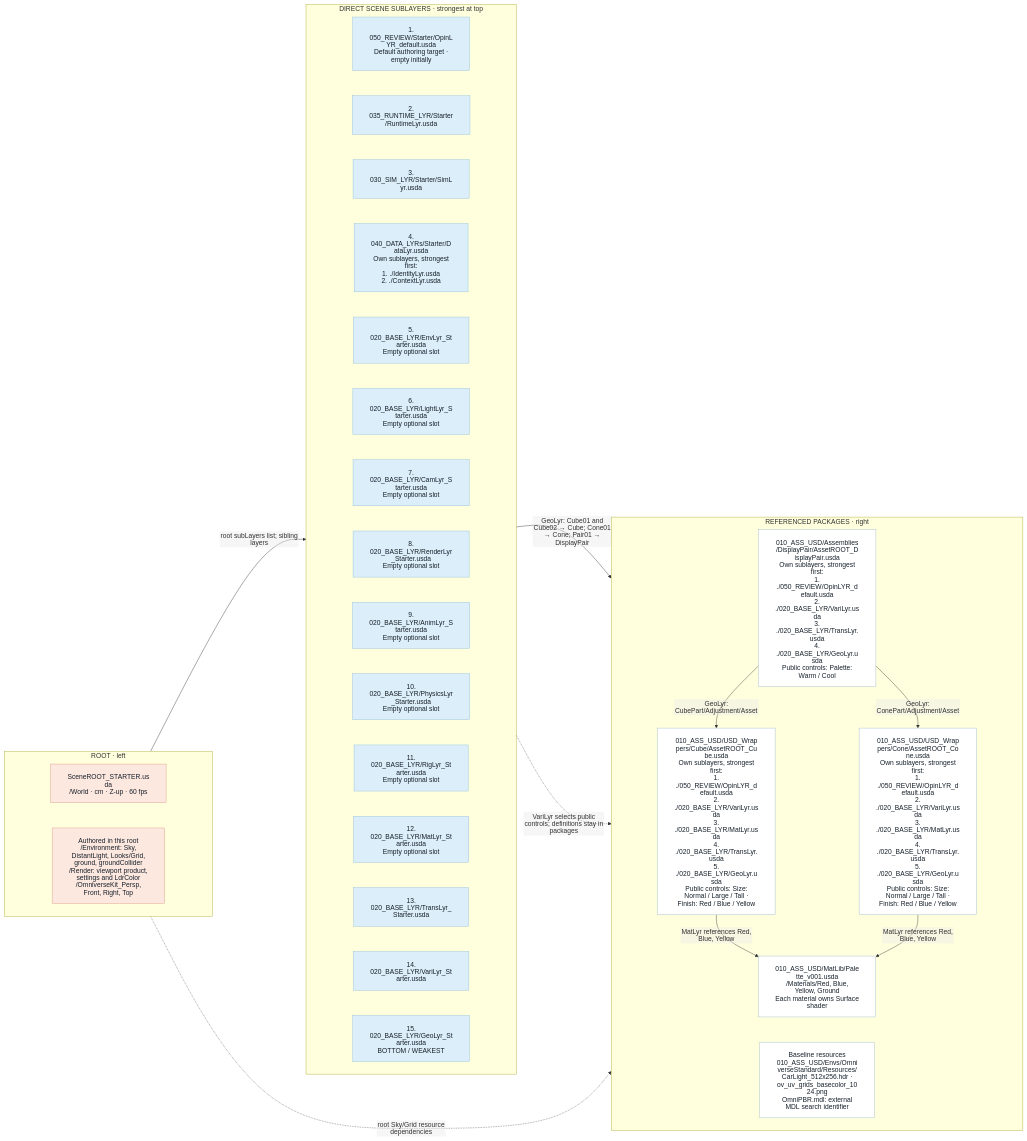
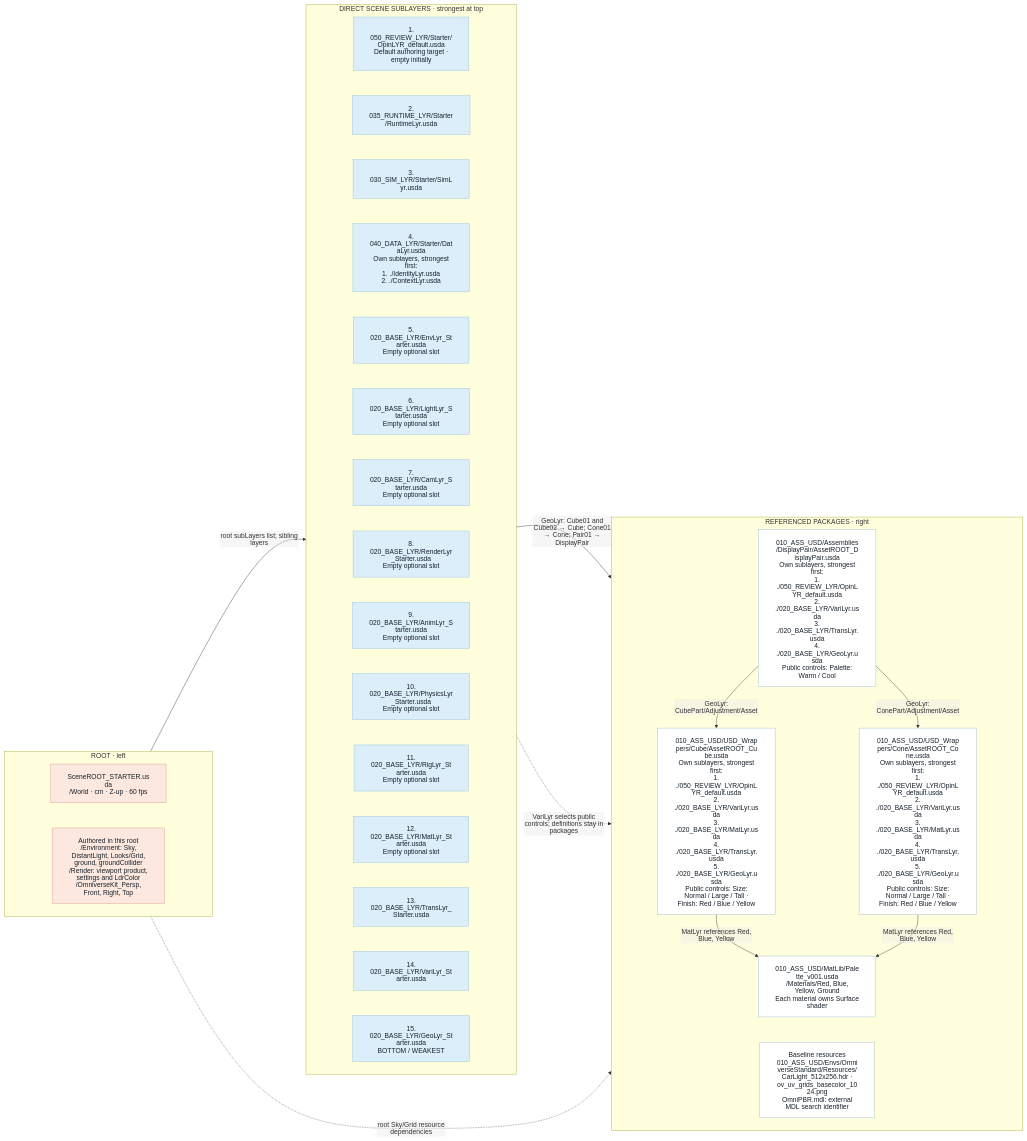
Before and after one commit to jph2/OpenUSD_GoodStart_CompositionContract: the ninth of 15 diagrams in examples/01_LayeredScene/README.md, drawn with Mermaid. The commit also changed other lines of this file and 149 other files, not shown here.

````diff
--- a/examples/01_LayeredScene/README.md
+++ b/examples/01_LayeredScene/README.md
@@ -810,65 +766,65 @@
 ```mermaid
 %%{init: {"htmlLabels": false, "themeVariables": {"fontFamily": "Arial, sans-serif"}, "flowchart": {"htmlLabels": false, "padding": 20, "nodeSpacing": 200, "rankSpacing": 35, "diagramPadding": 20}}}%%
 flowchart LR
     subgraph ENTRY["ROOT · left"]
         direction TB
         R["SceneROOT_STARTER.usda<br/>/World · cm · Z-up · 60 fps"]
         B["Authored in this root<br/>/Environment: Sky, DistantLight, Looks/Grid, ground, groundCollider<br/>/Render: viewport product, settings and LdrColor<br/>/OmniverseKit_Persp, Front, Right, Top"]
         R ~~~ B
     end
     subgraph STACK["DIRECT SCENE SUBLAYERS · strongest at top"]
         direction TB
-        L0["1. 050_REVIEW/Starter/OpinLYR_default.usda<br/>Default authoring target · empty initially"]
+        L0["1. 050_REVIEW_LYR/Starter/OpinLYR_default.usda<br/>Default authoring target · empty initially"]
         L1["2. 035_RUNTIME_LYR/Starter/RuntimeLyr.usda"]
         L0 ~~~ L1
         L2["3. 030_SIM_LYR/Starter/SimLyr.usda"]
         L1 ~~~ L2
-        L3["4. 040_DATA_LYRs/Starter/DataLyr.usda<br/>Own sublayers, strongest first:<br/>1. ./IdentityLyr.usda<br/>2. ./ContextLyr.usda"]
+        L3["4. 040_DATA_LYR/Starter/DataLyr.usda<br/>Own sublayers, strongest first:<br/>1. ./IdentityLyr.usda<br/>2. ./ContextLyr.usda"]
         L2 ~~~ L3
         L4["5. 020_BASE_LYR/EnvLyr_Starter.usda<br/>Empty optional slot"]
         L3 ~~~ L4
         L5["6. 020_BASE_LYR/LightLyr_Starter.usda<br/>Empty optional slot"]
         L4 ~~~ L5
         L6["7. 020_BASE_LYR/CamLyr_Starter.usda<br/>Empty optional slot"]
         L5 ~~~ L6
         L7["8. 020_BASE_LYR/RenderLyr_Starter.usda<br/>Empty optional slot"]
         L6 ~~~ L7
         L8["9. 020_BASE_LYR/AnimLyr_Starter.usda<br/>Empty optional slot"]
         L7 ~~~ L8
         L9["10. 020_BASE_LYR/PhysicsLyr_Starter.usda<br/>Empty optional slot"]
         L8 ~~~ L9
         L10["11. 020_BASE_LYR/RigLyr_Starter.usda<br/>Empty optional slot"]
         L9 ~~~ L10
         L11["12. 020_BASE_LYR/MatLyr_Starter.usda<br/>Empty optional slot"]
         L10 ~~~ L11
         L12["13. 020_BASE_LYR/TransLyr_Starter.usda"]
         L11 ~~~ L12
         L13["14. 020_BASE_LYR/VariLyr_Starter.usda"]
         L12 ~~~ L13
         L14["15. 020_BASE_LYR/GeoLyr_Starter.usda<br/>BOTTOM / WEAKEST"]
         L13 ~~~ L14
     end
     subgraph SOURCES["REFERENCED PACKAGES · right"]
         direction TB
-        PAIR["010_ASS_USD/Assemblies/DisplayPair/AssetROOT_DisplayPair.usda<br/>Own sublayers, strongest first:<br/>1. ./050_REVIEW/OpinLYR_default.usda<br/>2. ./020_BASE_LYR/VariLyr.usda<br/>3. ./020_BASE_LYR/TransLyr.usda<br/>4. ./020_BASE_LYR/GeoLyr.usda<br/>Public controls: Palette: Warm / Cool"]
-        CUBE["010_ASS_USD/USD_Wrappers/Cube/AssetROOT_Cube.usda<br/>Own sublayers, strongest first:<br/>1. ./050_REVIEW/OpinLYR_default.usda<br/>2. ./020_BASE_LYR/VariLyr.usda<br/>3. ./020_BASE_LYR/MatLyr.usda<br/>4. ./020_BASE_LYR/TransLyr.usda<br/>5. ./020_BASE_LYR/GeoLyr.usda<br/>Public controls: Size: Normal / Large / Tall · Finish: Red / Blue / Yellow"]
-        CONE["010_ASS_USD/USD_Wrappers/Cone/AssetROOT_Cone.usda<br/>Own sublayers, strongest first:<br/>1. ./050_REVIEW/OpinLYR_default.usda<br/>2. ./020_BASE_LYR/VariLyr.usda<br/>3. ./020_BASE_LYR/MatLyr.usda<br/>4. ./020_BASE_LYR/TransLyr.usda<br/>5. ./020_BASE_LYR/GeoLyr.usda<br/>Public controls: Size: Normal / Large / Tall · Finish: Red / Blue / Yellow"]
+        PAIR["010_ASS_USD/Assemblies/DisplayPair/AssetROOT_DisplayPair.usda<br/>Own sublayers, strongest first:<br/>1. ./050_REVIEW_LYR/OpinLYR_default.usda<br/>2. ./020_BASE_LYR/VariLyr.usda<br/>3. ./020_BASE_LYR/TransLyr.usda<br/>4. ./020_BASE_LYR/GeoLyr.usda<br/>Public controls: Palette: Warm / Cool"]
+        CUBE["010_ASS_USD/USD_Wrappers/Cube/AssetROOT_Cube.usda<br/>Own sublayers, strongest first:<br/>1. ./050_REVIEW_LYR/OpinLYR_default.usda<br/>2. ./020_BASE_LYR/VariLyr.usda<br/>3. ./020_BASE_LYR/MatLyr.usda<br/>4. ./020_BASE_LYR/TransLyr.usda<br/>5. ./020_BASE_LYR/GeoLyr.usda<br/>Public controls: Size: Normal / Large / Tall · Finish: Red / Blue / Yellow"]
+        CONE["010_ASS_USD/USD_Wrappers/Cone/AssetROOT_Cone.usda<br/>Own sublayers, strongest first:<br/>1. ./050_REVIEW_LYR/OpinLYR_default.usda<br/>2. ./020_BASE_LYR/VariLyr.usda<br/>3. ./020_BASE_LYR/MatLyr.usda<br/>4. ./020_BASE_LYR/TransLyr.usda<br/>5. ./020_BASE_LYR/GeoLyr.usda<br/>Public controls: Size: Normal / Large / Tall · Finish: Red / Blue / Yellow"]
         MAT["010_ASS_USD/MatLib/Palette_v001.usda<br/>/Materials/Red, Blue, Yellow, Ground<br/>Each material owns Surface shader"]
         RES["Baseline resources<br/>010_ASS_USD/Envs/OmniverseStandard/Resources/<br/>CarLight_512x256.hdr · ov_uv_grids_basecolor_1024.png<br/>OmniPBR.mdl: external MDL search identifier"]
         PAIR -->|"GeoLyr: CubePart/Adjustment/Asset"| CUBE
         PAIR -->|"GeoLyr: ConePart/Adjustment/Asset"| CONE
         CUBE -->|"MatLyr references Red, Blue, Yellow"| MAT
         CONE -->|"MatLyr references Red, Blue, Yellow"| MAT
         MAT ~~~ RES
     end
     ENTRY -->|"root subLayers list; sibling layers"| STACK
     STACK -->|"GeoLyr: Cube01 and Cube02 → Cube; Cone01 → Cone; Pair01 → DisplayPair"| SOURCES
     STACK -.->|"VariLyr selects public controls; definitions stay in packages"| SOURCES
     ENTRY -.->|"root Sky/Grid resource dependencies"| SOURCES
     classDef ccRoot fill:#fde8df,stroke:#d99b84,color:#17212b
     classDef layer fill:#dceef9,stroke:#91bfd8,color:#17212b
     classDef asset fill:#ffffff,stroke:#9db9c8,color:#17212b
     class R,B ccRoot
     class L0,L1,L2,L3,L4,L5,L6,L7,L8,L9,L10,L11,L12,L13,L14 layer
     class PAIR,CUBE,CONE,MAT,RES asset
 ```
````
